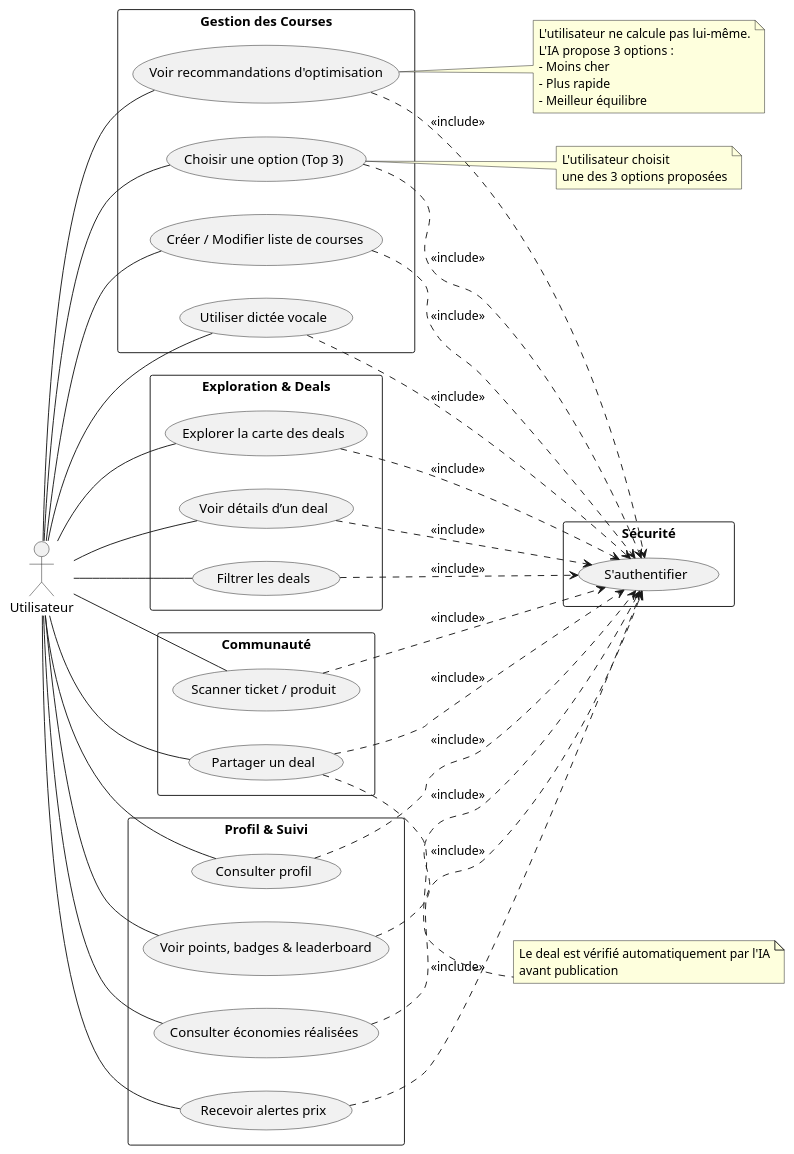
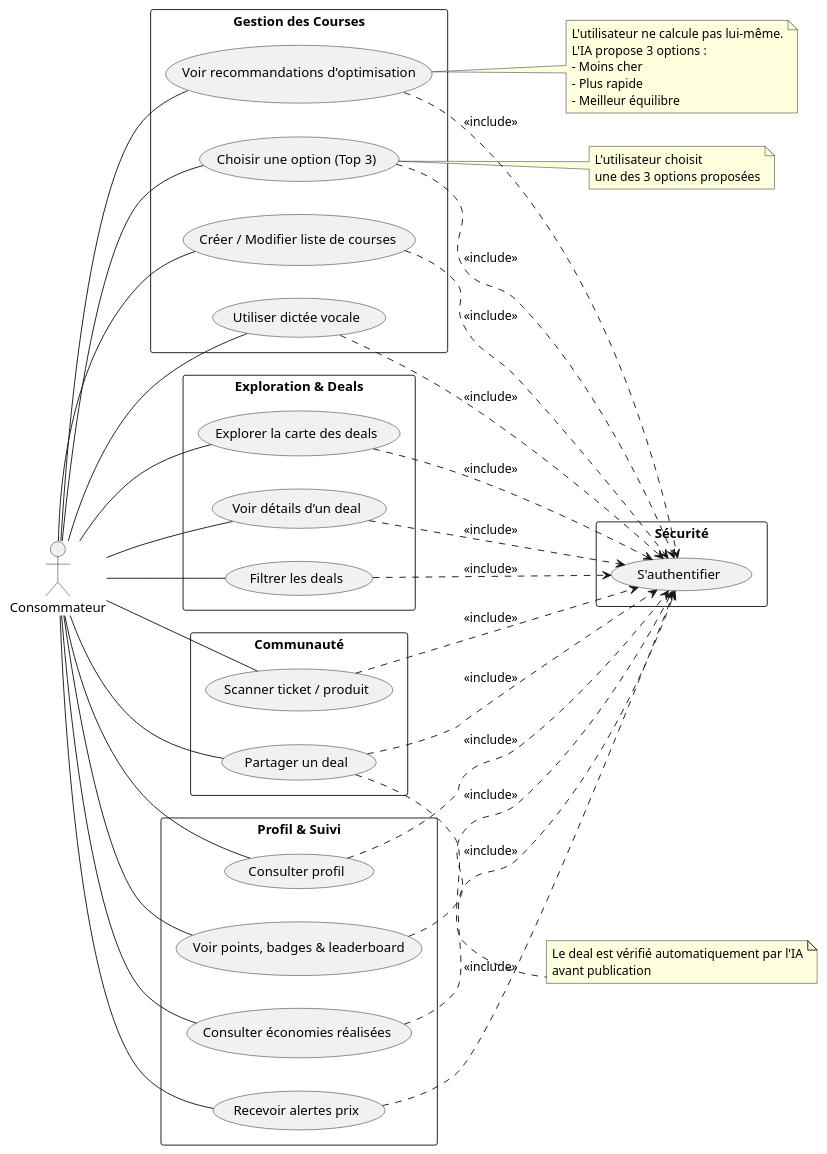
One commit to BENYEKHLEF-Anouar/Soli-Hackathon-2026 changed the diagram in user_diagram.puml. Above: the diagram before and after it, drawn with PlantUML.

Commit message:
Rename actor from "Utilisateur" to "Consommateur" in user diagram

```diff
--- a/user_diagram.puml
+++ b/user_diagram.puml
@@ -1,90 +1,90 @@
 @startuml
 left to right direction
 skinparam packageStyle rectangle
 
-actor "Utilisateur" as User
+actor "Consommateur" as User
 
 package "Gestion des Courses" {
     usecase "Créer / Modifier liste de courses" as UC_List
     usecase "Utiliser dictée vocale" as UC_Voice
     usecase "Voir recommandations d'optimisation" as UC_Optimize
     usecase "Choisir une option (Top 3)" as UC_Select
 }
 
 package "Exploration & Deals" {
     usecase "Explorer la carte des deals" as UC_Map
     usecase "Voir détails d’un deal" as UC_Detail
     usecase "Filtrer les deals" as UC_Filter
 }
 
 package "Communauté" {
     usecase "Partager un deal" as UC_Share
     usecase "Scanner ticket / produit" as UC_Scan
 }
 
 package "Profil & Suivi" {
     usecase "Consulter profil" as UC_Profile
     usecase "Voir points, badges & leaderboard" as UC_Game
     usecase "Consulter économies réalisées" as UC_Savings
     usecase "Recevoir alertes prix" as UC_Alert
 }
 
 package "Sécurité" {
     usecase "S'authentifier" as UC_Auth
 }
 
 ' ================= Actor links (NO arrows) =================
 User -- UC_List
 User -- UC_Voice
 User -- UC_Optimize
 User -- UC_Select
 
 User -- UC_Map
 User -- UC_Detail
 User -- UC_Filter
 
 User -- UC_Share
 User -- UC_Scan
 
 User -- UC_Profile
 User -- UC_Game
 User -- UC_Savings
 User -- UC_Alert
 
 ' ================= Auth required =================
 UC_List ..> UC_Auth : <<include>>
 UC_Voice ..> UC_Auth : <<include>>
 UC_Optimize ..> UC_Auth : <<include>>
 UC_Select ..> UC_Auth : <<include>>
 
 UC_Map ..> UC_Auth : <<include>>
 UC_Detail ..> UC_Auth : <<include>>
 UC_Filter ..> UC_Auth : <<include>>
 
 UC_Share ..> UC_Auth : <<include>>
 UC_Scan ..> UC_Auth : <<include>>
 
 UC_Profile ..> UC_Auth : <<include>>
 UC_Game ..> UC_Auth : <<include>>
 UC_Savings ..> UC_Auth : <<include>>
 UC_Alert ..> UC_Auth : <<include>>
 
 note right of UC_Optimize
 L'utilisateur ne calcule pas lui-même.
 L'IA propose 3 options :
 - Moins cher
 - Plus rapide
 - Meilleur équilibre
 end note
 
 note right of UC_Select
 L'utilisateur choisit
 une des 3 options proposées
 end note
 
 note right of UC_Share
 Le deal est vérifié automatiquement par l'IA
 avant publication
 end note
 
 @enduml
```
